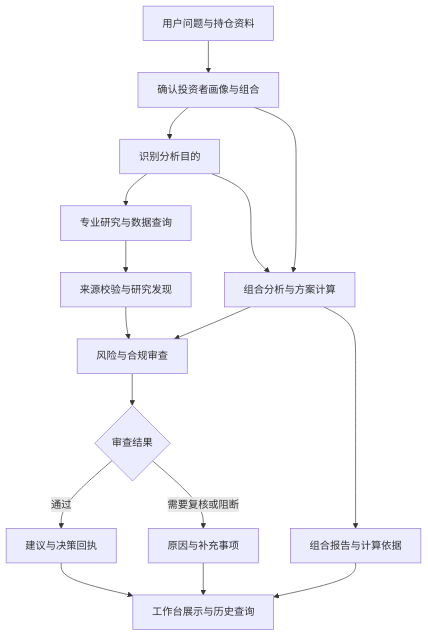
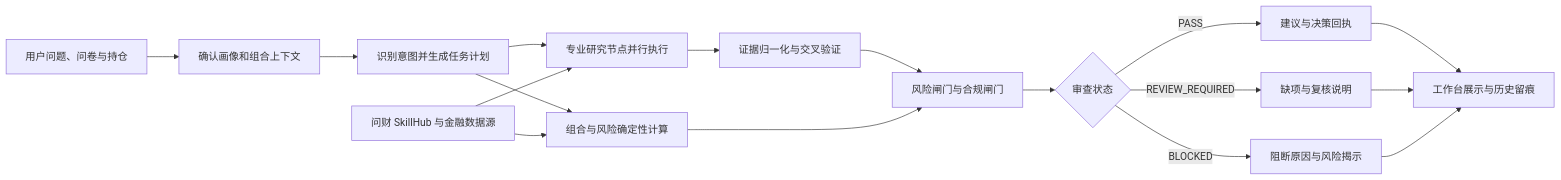
Before and after one commit to 1917173927/prism: the first of 6 diagrams in docs/submission/competition-technical-solution.md, drawn with Mermaid. The commit also changed other lines of this file and 2 other files, not shown here.

````diff
--- a/docs/submission/competition-technical-solution.md
+++ b/docs/submission/competition-technical-solution.md
@@ -59,18 +72,19 @@
 ```mermaid
-flowchart TD
-    A[用户问题与持仓资料] --> B[确认投资者画像与组合]
-    B --> C[识别分析目的]
-    C --> D[专业研究与数据查询]
-    C --> E[组合分析与方案计算]
-    D --> F[来源校验与研究发现]
-    B --> E
-    F --> G[风险与合规审查]
-    E --> G
-    G --> H{审查结果}
-    H -->|通过| I[建议与决策回执]
-    H -->|需要复核或阻断| J[原因与补充事项]
-    E --> K[组合报告与计算依据]
-    I --> L[工作台展示与历史查询]
-    J --> L
-    K --> L
+flowchart LR
+    A[用户问题、问卷与持仓] --> B[确认画像和组合上下文]
+    B --> C[识别意图并生成任务计划]
+    C --> D[专业研究节点并行执行]
+    C --> E[组合与风险确定性计算]
+    F[问财 SkillHub 与金融数据源] --> D
+    F --> E
+    D --> G[证据归一化与交叉验证]
+    G --> H[风险闸门与合规闸门]
+    E --> H
+    H --> I{审查状态}
+    I -->|PASS| J[建议与决策回执]
+    I -->|REVIEW_REQUIRED| K[缺项与复核说明]
+    I -->|BLOCKED| L[阻断原因与风险揭示]
+    J --> M[工作台展示与历史留痕]
+    K --> M
+    L --> M
 ```
````
